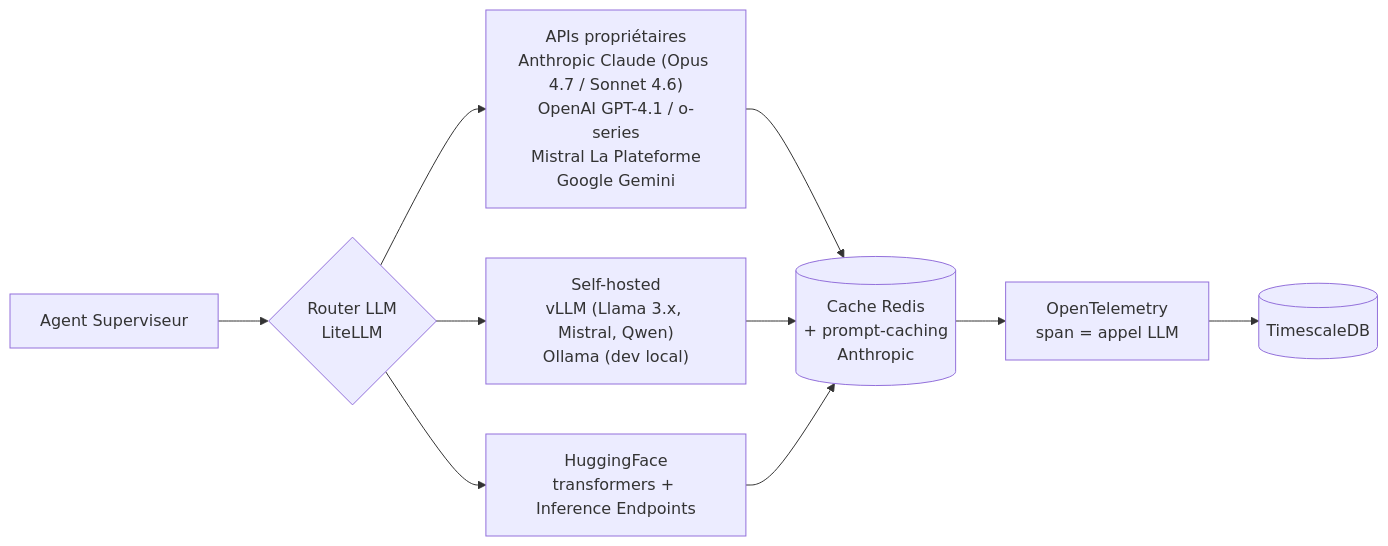
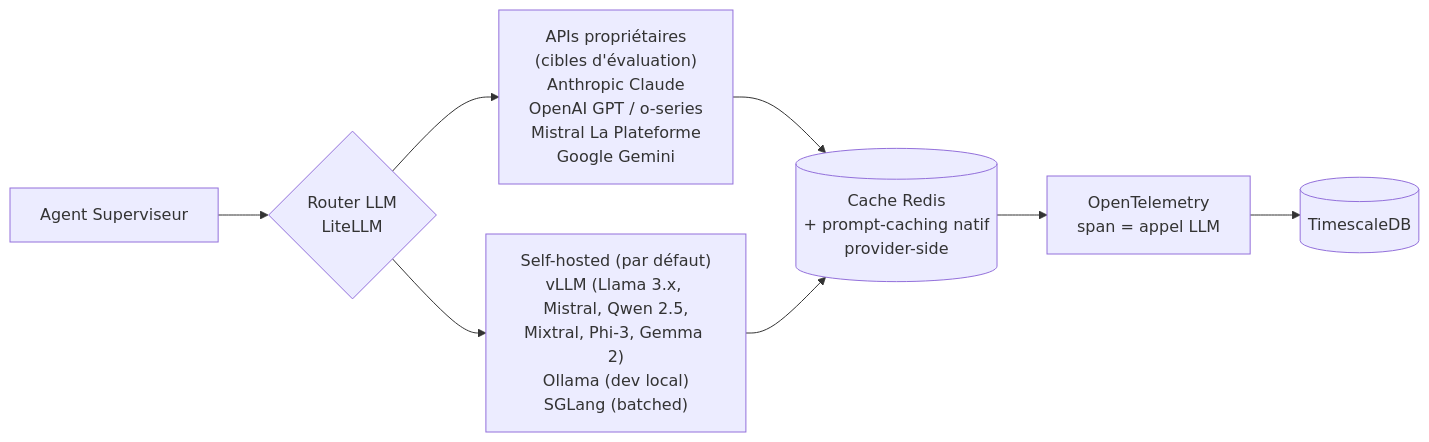
Before and after one commit to Rqbln/VERA: the third of 8 diagrams in ROADMAP.md, drawn with Mermaid. The commit also changed other lines of this file and 9 other files, not shown here.

First line of the commit message:
Refocus roadmap and MVP documentation on accessible local open-source tooling.

````diff
--- a/ROADMAP.md
+++ b/ROADMAP.md
@@ -100,15 +127,13 @@
 ```mermaid
 flowchart LR
     SUP[Agent Superviseur] --> ROUTER{Router LLM<br/>LiteLLM}
 
-    ROUTER --> PROP["APIs propriétaires<br/>Anthropic Claude (Opus 4.7 / Sonnet 4.6)<br/>OpenAI GPT-4.1 / o-series<br/>Mistral La Plateforme<br/>Google Gemini"]
-    ROUTER --> SELF["Self-hosted<br/>vLLM (Llama 3.x, Mistral, Qwen)<br/>Ollama (dev local)"]
-    ROUTER --> HF["HuggingFace<br/>transformers + Inference Endpoints"]
+    ROUTER --> SELF["Self-hosted (par défaut)<br/>vLLM (Llama 3.x, Mistral, Qwen 2.5,<br/>Mixtral, Phi-3, Gemma 2)<br/>Ollama (dev local)<br/>SGLang (batched)"]
+    ROUTER --> PROP["APIs propriétaires<br/>(cibles d'évaluation)<br/>Anthropic Claude<br/>OpenAI GPT / o-series<br/>Mistral La Plateforme<br/>Google Gemini"]
 
-    PROP --> CACHE[(Cache Redis<br/>+ prompt-caching<br/>Anthropic)]
+    PROP --> CACHE[(Cache Redis<br/>+ prompt-caching natif<br/>provider-side)]
     SELF --> CACHE
-    HF --> CACHE
 
     CACHE --> TRACE[OpenTelemetry<br/>span = appel LLM]
     TRACE --> TS[(TimescaleDB)]
 ```
````
